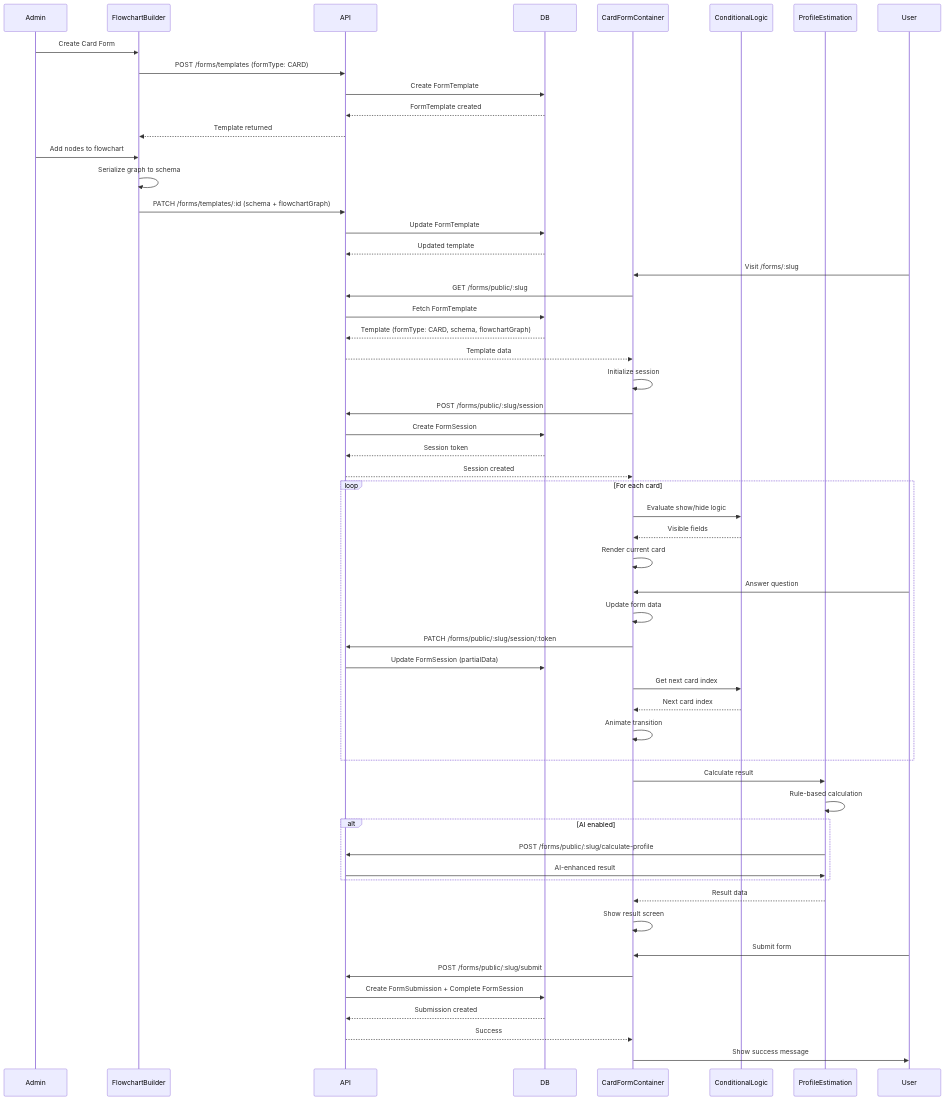
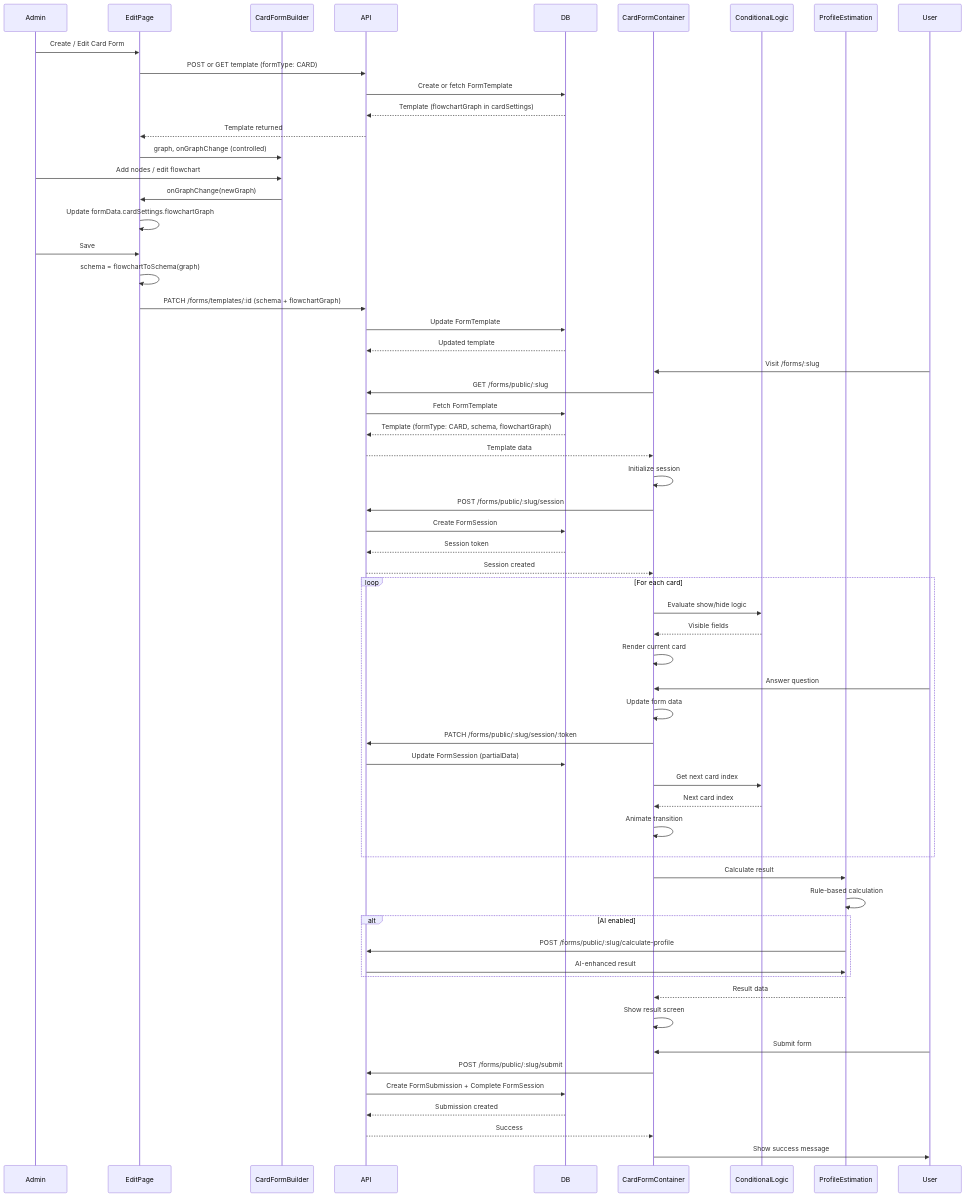
Before and after one commit to KennethAtchon/Loctelli: the second of 11 diagrams in .helper/architecture/08-form-system.md, drawn with Mermaid. The commit also changed other lines of this file and 14 other files, not shown here.

First line of the commit message:
Refactor card form architecture and enhance error handling components

````diff
--- a/.helper/architecture/08-form-system.md
+++ b/.helper/architecture/08-form-system.md
@@ -173,63 +174,68 @@
 ```mermaid
 sequenceDiagram
     participant Admin
-    participant FlowchartBuilder
+    participant EditPage
+    participant CardFormBuilder
     participant API
     participant DB
     participant CardFormContainer
     participant ConditionalLogic
     participant ProfileEstimation
     participant User
 
-    Admin->>FlowchartBuilder: Create Card Form
-    FlowchartBuilder->>API: POST /forms/templates (formType: CARD)
-    API->>DB: Create FormTemplate
-    DB-->>API: FormTemplate created
-    API-->>FlowchartBuilder: Template returned
+    Admin->>EditPage: Create / Edit Card Form
+    EditPage->>API: POST or GET template (formType: CARD)
+    API->>DB: Create or fetch FormTemplate
+    DB-->>API: Template (flowchartGraph in cardSettings)
+    API-->>EditPage: Template returned
+    EditPage->>CardFormBuilder: graph, onGraphChange (controlled)
     
-    Admin->>FlowchartBuilder: Add nodes to flowchart
-    FlowchartBuilder->>FlowchartBuilder: Serialize graph to schema
-    FlowchartBuilder->>API: PATCH /forms/templates/:id (schema + flowchartGraph)
+    Admin->>CardFormBuilder: Add nodes / edit flowchart
+    CardFormBuilder->>EditPage: onGraphChange(newGraph)
+    EditPage->>EditPage: Update formData.cardSettings.flowchartGraph
+    Admin->>EditPage: Save
+    EditPage->>EditPage: schema = flowchartToSchema(graph)
+    EditPage->>API: PATCH /forms/templates/:id (schema + flowchartGraph)
     API->>DB: Update FormTemplate
     DB-->>API: Updated template
     
     User->>CardFormContainer: Visit /forms/:slug
     CardFormContainer->>API: GET /forms/public/:slug
     API->>DB: Fetch FormTemplate
     DB-->>API: Template (formType: CARD, schema, flowchartGraph)
     API-->>CardFormContainer: Template data
     CardFormContainer->>CardFormContainer: Initialize session
     CardFormContainer->>API: POST /forms/public/:slug/session
     API->>DB: Create FormSession
     DB-->>API: Session token
     API-->>CardFormContainer: Session created
     
     loop For each card
         CardFormContainer->>ConditionalLogic: Evaluate show/hide logic
         ConditionalLogic-->>CardFormContainer: Visible fields
         CardFormContainer->>CardFormContainer: Render current card
         User->>CardFormContainer: Answer question
         CardFormContainer->>CardFormContainer: Update form data
         CardFormContainer->>API: PATCH /forms/public/:slug/session/:token
         API->>DB: Update FormSession (partialData)
         CardFormContainer->>ConditionalLogic: Get next card index
         ConditionalLogic-->>CardFormContainer: Next card index
         CardFormContainer->>CardFormContainer: Animate transition
     end
     
     CardFormContainer->>ProfileEstimation: Calculate result
     ProfileEstimation->>ProfileEstimation: Rule-based calculation
     alt AI enabled
         ProfileEstimation->>API: POST /forms/public/:slug/calculate-profile
         API->>ProfileEstimation: AI-enhanced result
     end
     ProfileEstimation-->>CardFormContainer: Result data
     CardFormContainer->>CardFormContainer: Show result screen
     
     User->>CardFormContainer: Submit form
     CardFormContainer->>API: POST /forms/public/:slug/submit
     API->>DB: Create FormSubmission + Complete FormSession
     DB-->>API: Submission created
     API-->>CardFormContainer: Success
     CardFormContainer->>User: Show success message
 ```
````
